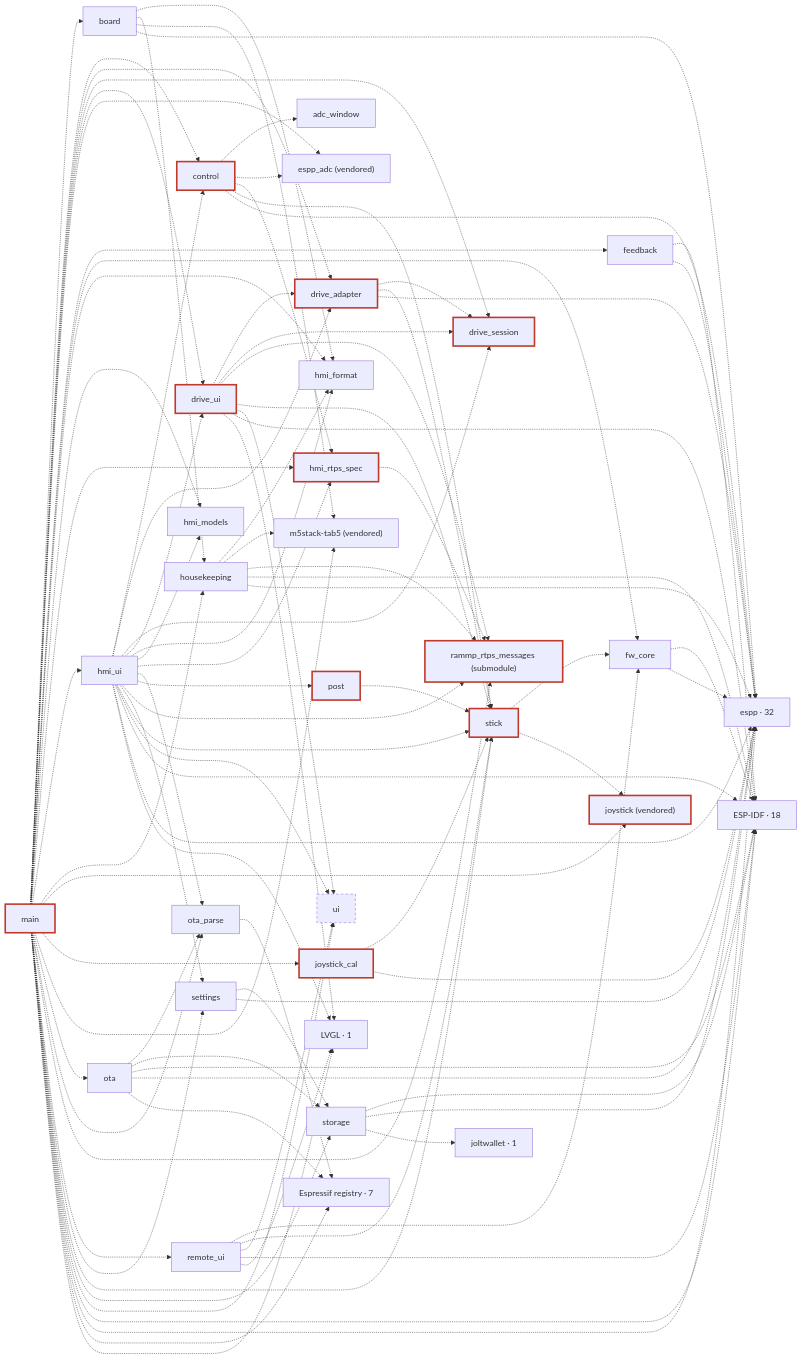
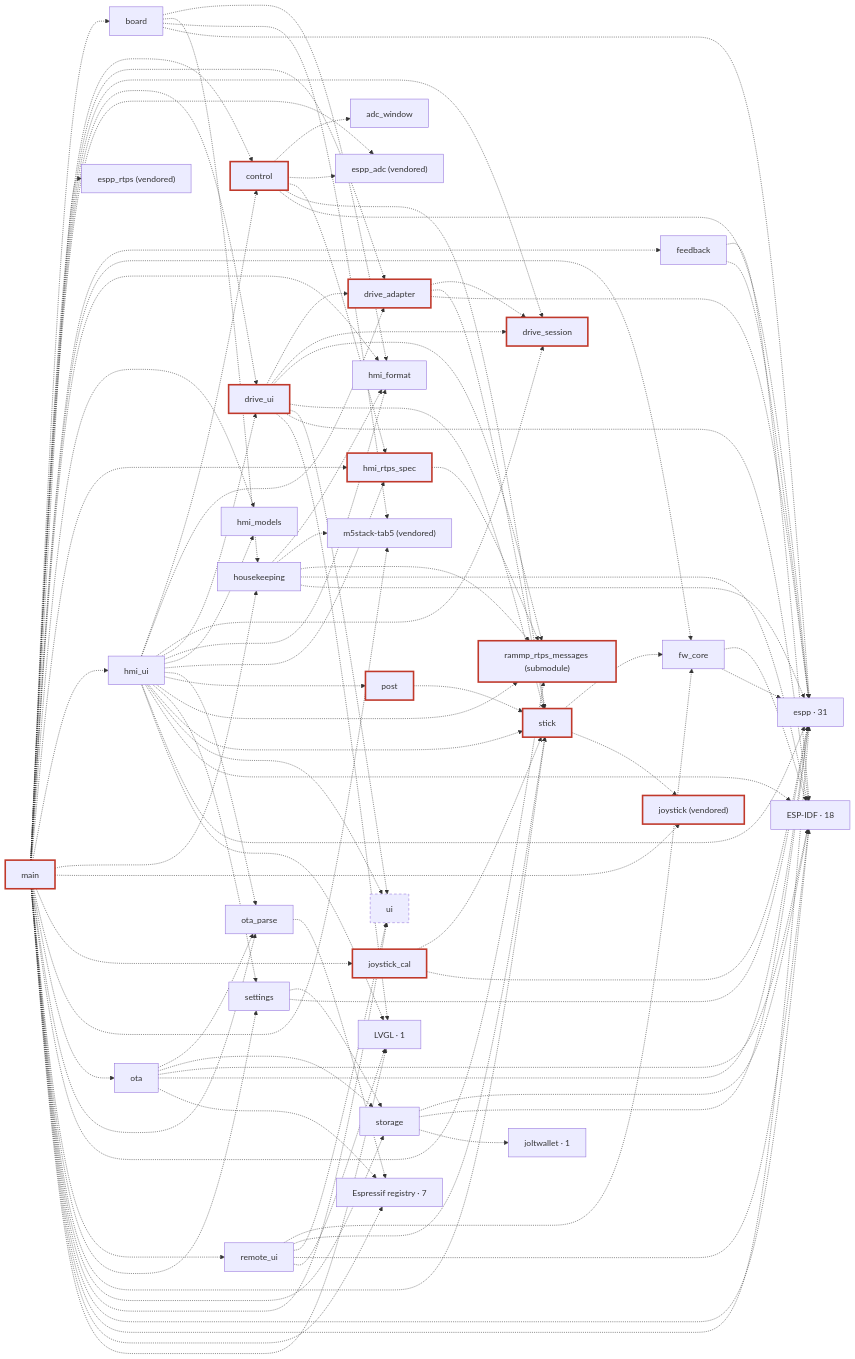
Before and after one commit to rammp-org/pace-hmi-fw: the third of 3 diagrams in docs/architecture.md, drawn with Mermaid. The commit also changed other lines of this file and 88 other files, not shown here.

```diff
--- a/docs/architecture.md
+++ b/docs/architecture.md
@@ -171,6 +171,7 @@
   c_drive_session["drive_session"]:::safety
   c_drive_ui["drive_ui"]:::safety
   c_espp_adc["espp_adc (vendored)"]
+  c_espp_rtps["espp_rtps (vendored)"]
   c_feedback["feedback"]
   c_fw_core["fw_core"]
   c_hmi_format["hmi_format"]
@@ -192,7 +193,7 @@
   c_storage["storage"]
   c_ui["ui"]:::gen
   g_ESP_IDF["ESP-IDF · 18"]
-  g_espp["espp · 32"]
+  g_espp["espp · 31"]
   g_Espressif_registry["Espressif registry · 7"]
   g_joltwallet["joltwallet · 1"]
   g_LVGL["LVGL · 1"]
@@ -249,6 +250,7 @@
   c_main -.-> c_drive_session
   c_main -.-> c_drive_ui
   c_main -.-> c_espp_adc
+  c_main -.-> c_espp_rtps
   c_main -.-> c_feedback
   c_main -.-> c_fw_core
   c_main -.-> c_hmi_format
```
